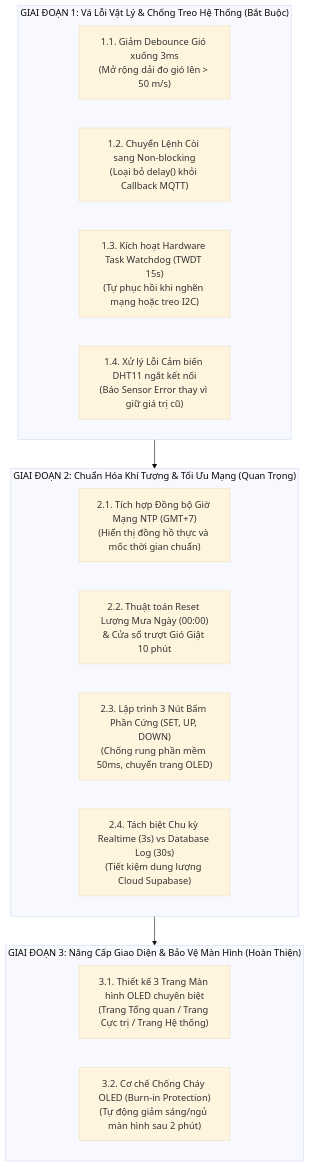
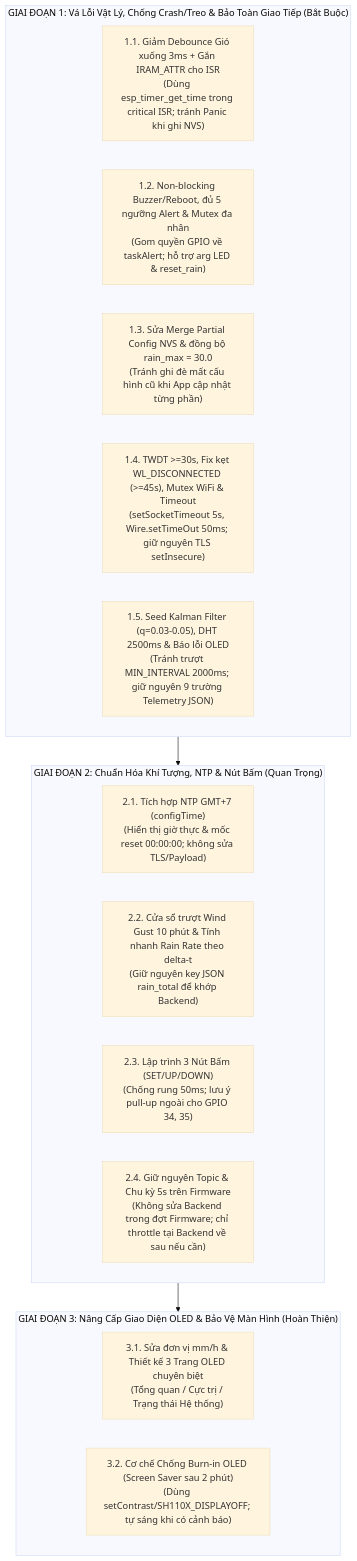
The diagram in docs/FIRMWARE_REFINEMENT_PLAN.md (DuongAn15/IoT-project), drawn with Mermaid (base theme) before and after one commit. The commit also changed other lines of this file and 12 other files, not shown here.

````diff
--- a/docs/FIRMWARE_REFINEMENT_PLAN.md
+++ b/docs/FIRMWARE_REFINEMENT_PLAN.md
@@ -208,23 +286,24 @@
 ```mermaid
 flowchart TD
-    subgraph G1["GIAI ĐOẠN 1: Vá Lỗi Vật Lý & Chống Treo Hệ Thống (Bắt Buộc)"]
-        A1["1.1. Giảm Debounce Gió xuống 3ms<br/>(Mở rộng dải đo gió lên > 50 m/s)"]
-        A2["1.2. Chuyển Lệnh Còi sang Non-blocking<br/>(Loại bỏ delay() khỏi Callback MQTT)"]
-        A3["1.3. Kích hoạt Hardware Task Watchdog (TWDT 15s)<br/>(Tự phục hồi khi nghẽn mạng hoặc treo I2C)"]
-        A4["1.4. Xử lý Lỗi Cảm biến DHT11 ngắt kết nối<br/>(Báo Sensor Error thay vì giữ giá trị cũ)"]
+    subgraph G1["GIAI ĐOẠN 1: Vá Lỗi Vật Lý, Chống Crash/Treo & Bảo Toàn Giao Tiếp (Bắt Buộc)"]
+        A1["1.1. Giảm Debounce Gió xuống 3ms + Gắn IRAM_ATTR cho ISR<br/>(Dùng esp_timer_get_time trong critical ISR; tránh Panic khi ghi NVS)"]
+        A2["1.2. Non-blocking Buzzer/Reboot, đủ 5 ngưỡng Alert & Mutex đa nhân<br/>(Gom quyền GPIO về taskAlert; hỗ trợ arg LED & reset_rain)"]
+        A3["1.3. Sửa Merge Partial Config NVS & đồng bộ rain_max = 30.0<br/>(Tránh ghi đè mất cấu hình cũ khi App cập nhật từng phần)"]
+        A4["1.4. TWDT >=30s, Fix kẹt WL_DISCONNECTED (>=45s), Mutex WiFi & Timeout<br/>(setSocketTimeout 5s, Wire.setTimeOut 50ms; giữ nguyên TLS setInsecure)"]
+        A5["1.5. Seed Kalman Filter (q=0.03-0.05), DHT 2500ms & Báo lỗi OLED<br/>(Tránh trượt MIN_INTERVAL 2000ms; giữ nguyên 9 trường Telemetry JSON)"]
     end
 
-    subgraph G2["GIAI ĐOẠN 2: Chuẩn Hóa Khí Tượng & Tối Ưu Mạng (Quan Trọng)"]
-        B1["2.1. Tích hợp Đồng bộ Giờ Mạng NTP (GMT+7)<br/>(Hiển thị đồng hồ thực và mốc thời gian chuẩn)"]
-        B2["2.2. Thuật toán Reset Lượng Mưa Ngày (00:00)<br/>& Cửa sổ trượt Gió Giật 10 phút"]
-        B3["2.3. Lập trình 3 Nút Bấm Phần Cứng (SET, UP, DOWN)<br/>(Chống rung phần mềm 50ms, chuyển trang OLED)"]
-        B4["2.4. Tách biệt Chu kỳ Realtime (3s) vs Database Log (30s)<br/>(Tiết kiệm dung lượng Cloud Supabase)"]
+    subgraph G2["GIAI ĐOẠN 2: Chuẩn Hóa Khí Tượng, NTP & Nút Bấm (Quan Trọng)"]
+        B1["2.1. Tích hợp NTP GMT+7 (configTime)<br/>(Hiển thị giờ thực & mốc reset 00:00:00; không sửa TLS/Payload)"]
+        B2["2.2. Cửa sổ trượt Wind Gust 10 phút & Tính nhanh Rain Rate theo delta-t<br/>(Giữ nguyên key JSON rain_total để khớp Backend)"]
+        B3["2.3. Lập trình 3 Nút Bấm (SET/UP/DOWN)<br/>(Chống rung 50ms; lưu ý pull-up ngoài cho GPIO 34, 35)"]
+        B4["2.4. Giữ nguyên Topic & Chu kỳ 5s trên Firmware<br/>(Không sửa Backend trong đợt Firmware; chỉ throttle tại Backend về sau nếu cần)"]
     end
 
-    subgraph G3["GIAI ĐOẠN 3: Nâng Cấp Giao Diện & Bảo Vệ Màn Hình (Hoàn Thiện)"]
-        C1["3.1. Thiết kế 3 Trang Màn hình OLED chuyên biệt<br/>(Trang Tổng quan / Trang Cực trị / Trang Hệ thống)"]
-        C2["3.2. Cơ chế Chống Cháy OLED (Burn-in Protection)<br/>(Tự động giảm sáng/ngủ màn hình sau 2 phút)"]
+    subgraph G3["GIAI ĐOẠN 3: Nâng Cấp Giao Diện OLED & Bảo Vệ Màn Hình (Hoàn Thiện)"]
+        C1["3.1. Sửa đơn vị mm/h & Thiết kế 3 Trang OLED chuyên biệt<br/>(Tổng quan / Cực trị / Trạng thái Hệ thống)"]
+        C2["3.2. Cơ chế Chống Burn-in OLED (Screen Saver sau 2 phút)<br/>(Dùng setContrast/SH110X_DISPLAYOFF; tự sáng khi có cảnh báo)"]
     end
 
     G1 --> G2 --> G3
 ```
````
